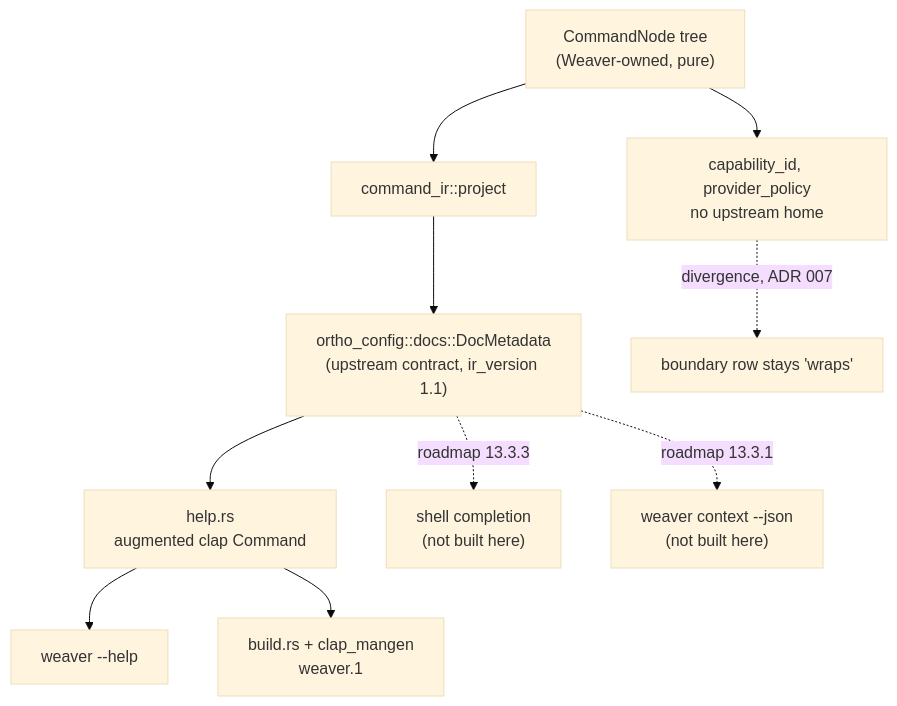
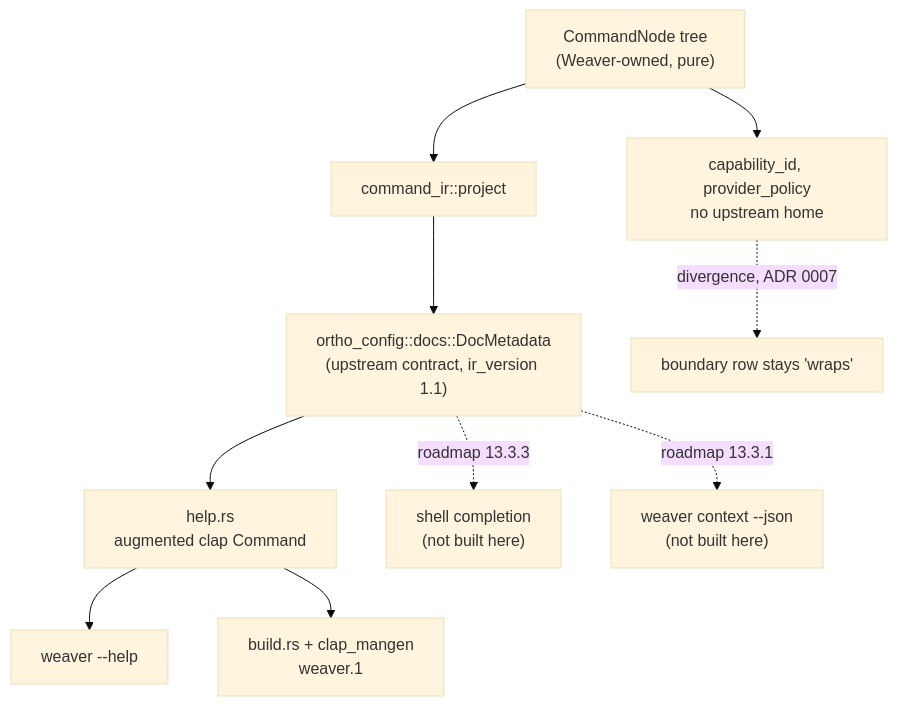
Before and after one commit to leynos/weaver: the diagram in docs/execplans/12-1-2-consume-recursive-command-metadata.md, drawn with Mermaid (base theme). The commit also changed other lines of this file and 43 other files, not shown here.

````diff
--- a/docs/execplans/12-1-2-consume-recursive-command-metadata.md
+++ b/docs/execplans/12-1-2-consume-recursive-command-metadata.md
@@ -968,12 +969,12 @@
 ```mermaid
 flowchart TD
     A["CommandNode tree<br/>(Weaver-owned, pure)"] --> B["command_ir::project"]
     B --> C["ortho_config::docs::DocMetadata<br/>(upstream contract, ir_version 1.1)"]
     C --> D["help.rs<br/>augmented clap Command"]
     D --> E["weaver --help"]
     D --> F["build.rs + clap_mangen<br/>weaver.1"]
     C -.->|roadmap 13.3.3| G["shell completion<br/>(not built here)"]
     C -.->|roadmap 13.3.1| H["weaver context --json<br/>(not built here)"]
     A --> I["capability_id, provider_policy<br/>no upstream home"]
-    I -.->|divergence, ADR 007| J["boundary row stays 'wraps'"]
+    I -.->|divergence, ADR 0007| J["boundary row stays 'wraps'"]
 ```
````
